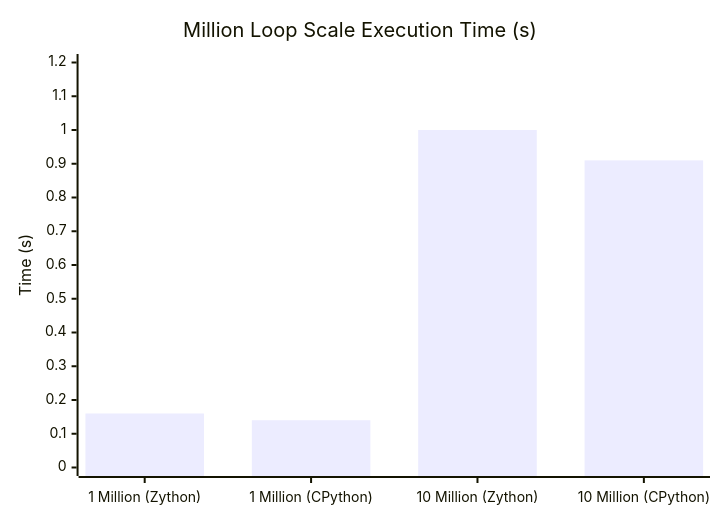
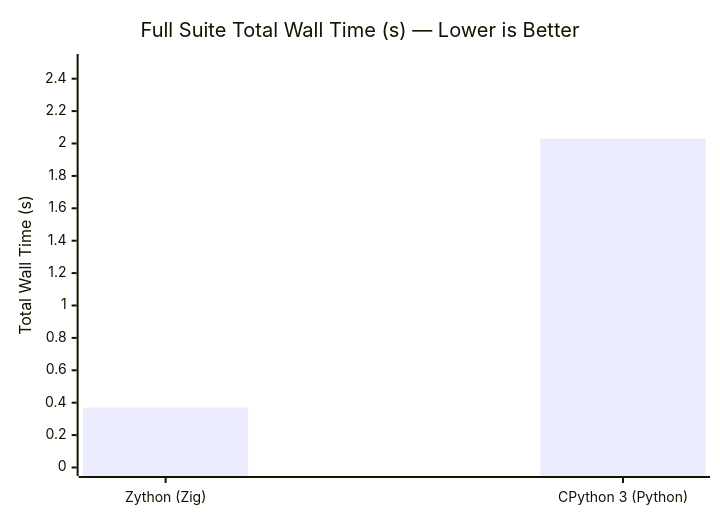
One commit to babar-xagi/zython- changed the third of 3 diagrams in benchmark.md. Above: the diagram before and after it, drawn with Mermaid. The commit also changed other lines of this file and 6 other files, not shown here.

````diff
--- a/benchmark.md
+++ b/benchmark.md
@@ -61,7 +65,7 @@
 ```mermaid
 xychart-beta
-    title "Million Loop Scale Execution Time (s)"
-    x-axis ["1 Million (Zython)", "1 Million (CPython)", "10 Million (Zython)", "10 Million (CPython)"]
-    y-axis "Time (s)" 0.0 --> 1.2
-    bar [0.16, 0.14, 1.00, 0.91]
+    title "Full Suite Total Wall Time (s) — Lower is Better"
+    x-axis ["Zython (Zig)", "CPython 3 (Python)"]
+    y-axis "Total Wall Time (s)" 0.0 --> 2.5
+    bar [0.37, 2.03]
 ```
````
